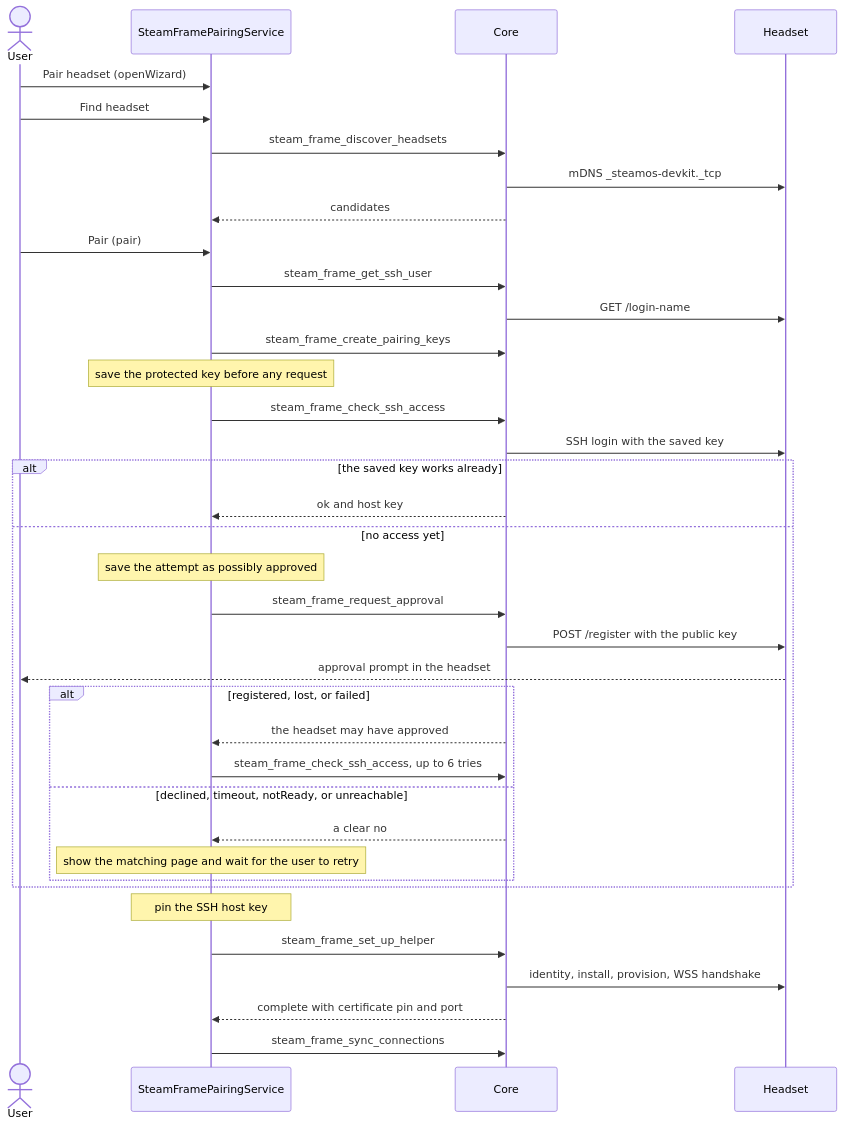
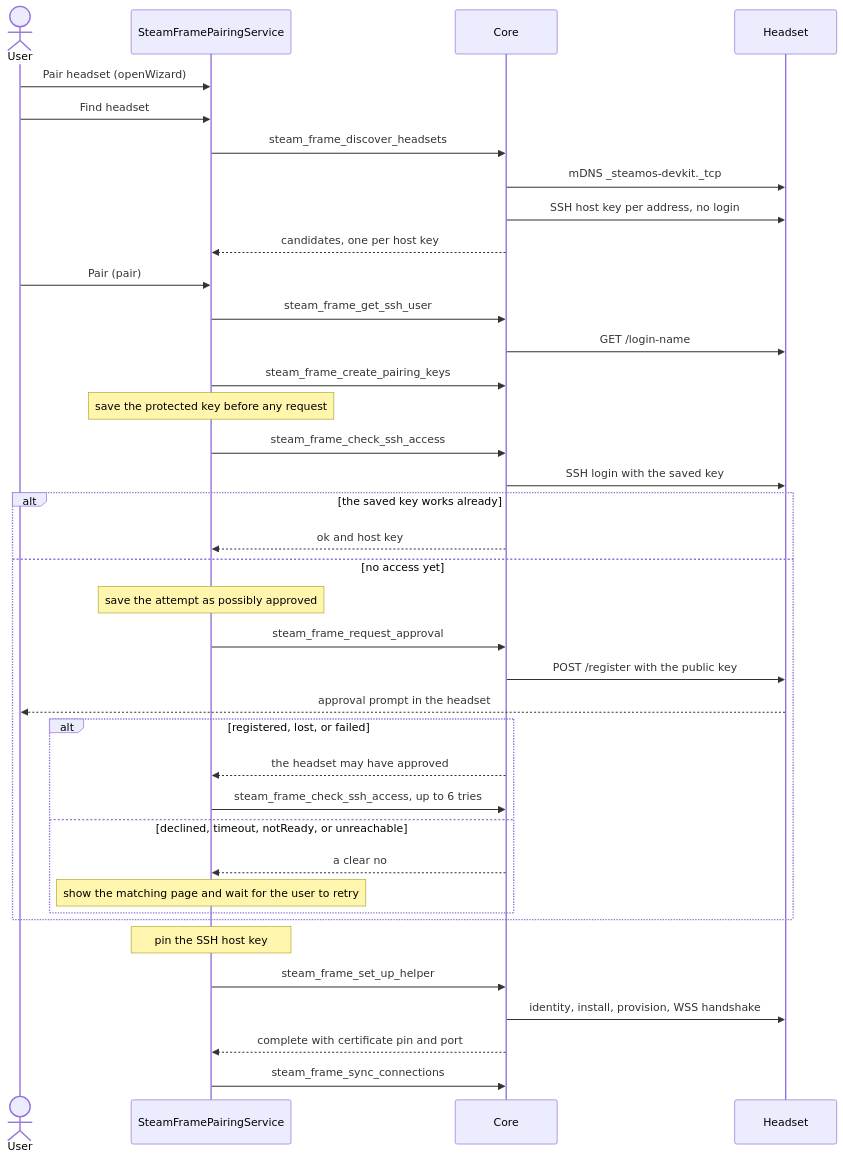
The second of 6 diagrams in docs/agents/steam-frame-pairing.md (Raphiiko/OyasumiVR), drawn with Mermaid before and after one commit. The commit also changed other lines of this file and 3 other files, not shown here.

````diff
--- a/docs/agents/steam-frame-pairing.md
+++ b/docs/agents/steam-frame-pairing.md
@@ -57,40 +57,41 @@
 ```mermaid
 sequenceDiagram
   actor User
   participant S as SteamFramePairingService
   participant C as Core
   participant H as Headset
 
   User->>S: Pair headset (openWizard)
   User->>S: Find headset
   S->>C: steam_frame_discover_headsets
   C->>H: mDNS _steamos-devkit._tcp
-  C-->>S: candidates
+  C->>H: SSH host key per address, no login
+  C-->>S: candidates, one per host key
   User->>S: Pair (pair)
   S->>C: steam_frame_get_ssh_user
   C->>H: GET /login-name
   S->>C: steam_frame_create_pairing_keys
   Note over S: save the protected key before any request
   S->>C: steam_frame_check_ssh_access
   C->>H: SSH login with the saved key
   alt the saved key works already
     C-->>S: ok and host key
   else no access yet
     Note over S: save the attempt as possibly approved
     S->>C: steam_frame_request_approval
     C->>H: POST /register with the public key
     H-->>User: approval prompt in the headset
     alt registered, lost, or failed
       C-->>S: the headset may have approved
       S->>C: steam_frame_check_ssh_access, up to 6 tries
     else declined, timeout, notReady, or unreachable
       C-->>S: a clear no
       Note over S: show the matching page and wait for the user to retry
     end
   end
   Note over S: pin the SSH host key
   S->>C: steam_frame_set_up_helper
   C->>H: identity, install, provision, WSS handshake
   C-->>S: complete with certificate pin and port
   S->>C: steam_frame_sync_connections
 ```
````
